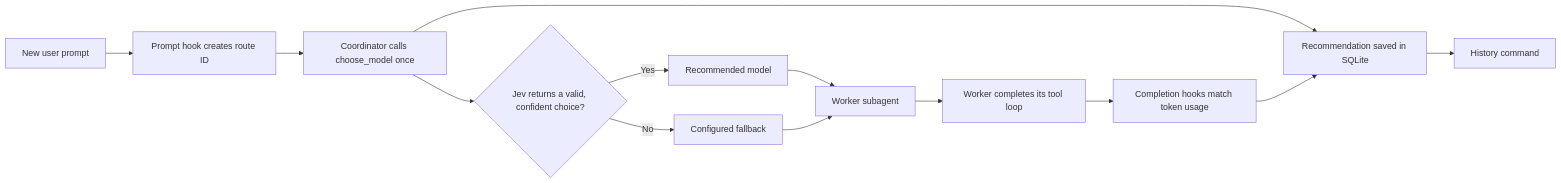
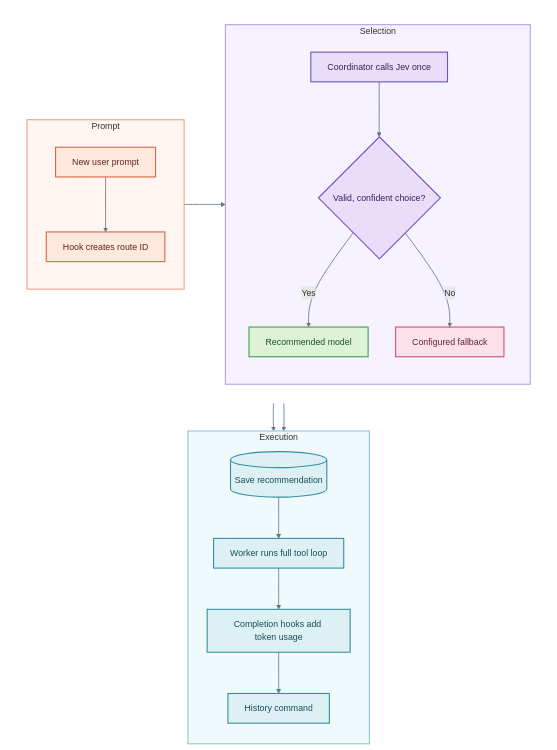
The diagram in README.md (mehmet-akpolat/jev-llm-router), drawn with Mermaid before and after one commit. The commit also changed other lines of this file and 31 other files, not shown here.

```diff
--- a/README.md
+++ b/README.md
@@ -27,15 +27,47 @@
 ~~~mermaid
-flowchart LR
-    A[New user prompt] --> B[Prompt hook creates route ID]
-    B --> C[Coordinator calls choose_model once]
-    C --> D{Jev returns a valid, confident choice?}
-    D -- Yes --> E[Recommended model]
-    D -- No --> F[Configured fallback]
-    E --> G[Worker subagent]
+flowchart TB
+    subgraph Upper[" "]
+        direction LR
+
+        subgraph Prompt
+            direction TB
+            A[New user prompt] --> B[Hook creates route ID]
+        end
+
+        subgraph Selection
+            direction TB
+            C[Coordinator calls Jev once] --> D{Valid, confident choice?}
+            D -- Yes --> E[Recommended model]
+            D -- No --> F[Configured fallback]
+        end
+    end
+
+    subgraph Execution
+        direction TB
+        G[(Save recommendation)] --> H[Worker runs full tool loop]
+        H --> I[Completion hooks add token usage]
+        I --> J[History command]
+    end
+
+    B --> C
+    E --> G
     F --> G
-    G --> H[Worker completes its tool loop]
-    H --> I[Completion hooks match token usage]
-    C --> J[Recommendation saved in SQLite]
-    I --> J
-    J --> K[History command]
+
+    classDef prompt fill:#FFE8DC,stroke:#D76545,color:#5C2618,stroke-width:2px
+    classDef selection fill:#E8DEFA,stroke:#7651B8,color:#35205A,stroke-width:2px
+    classDef recommended fill:#DDF3D4,stroke:#469B58,color:#20512A,stroke-width:2px
+    classDef fallback fill:#FCE0EA,stroke:#CC5278,color:#682139,stroke-width:2px
+    classDef execution fill:#DDF1F5,stroke:#358FA3,color:#174C58,stroke-width:2px
+
+    class A,B prompt
+    class C,D selection
+    class E recommended
+    class F fallback
+    class G,H,I,J execution
+
+    style Upper fill:transparent,stroke:transparent
+    style Prompt fill:#FFF6F1,stroke:#E9A48E,stroke-width:2px
+    style Selection fill:#F7F2FF,stroke:#B8A0E2,stroke-width:2px
+    style Execution fill:#F0FAFC,stroke:#8BC9D5,stroke-width:2px
+    linkStyle default stroke:#64748B,stroke-width:1.5px
 ~~~
```
